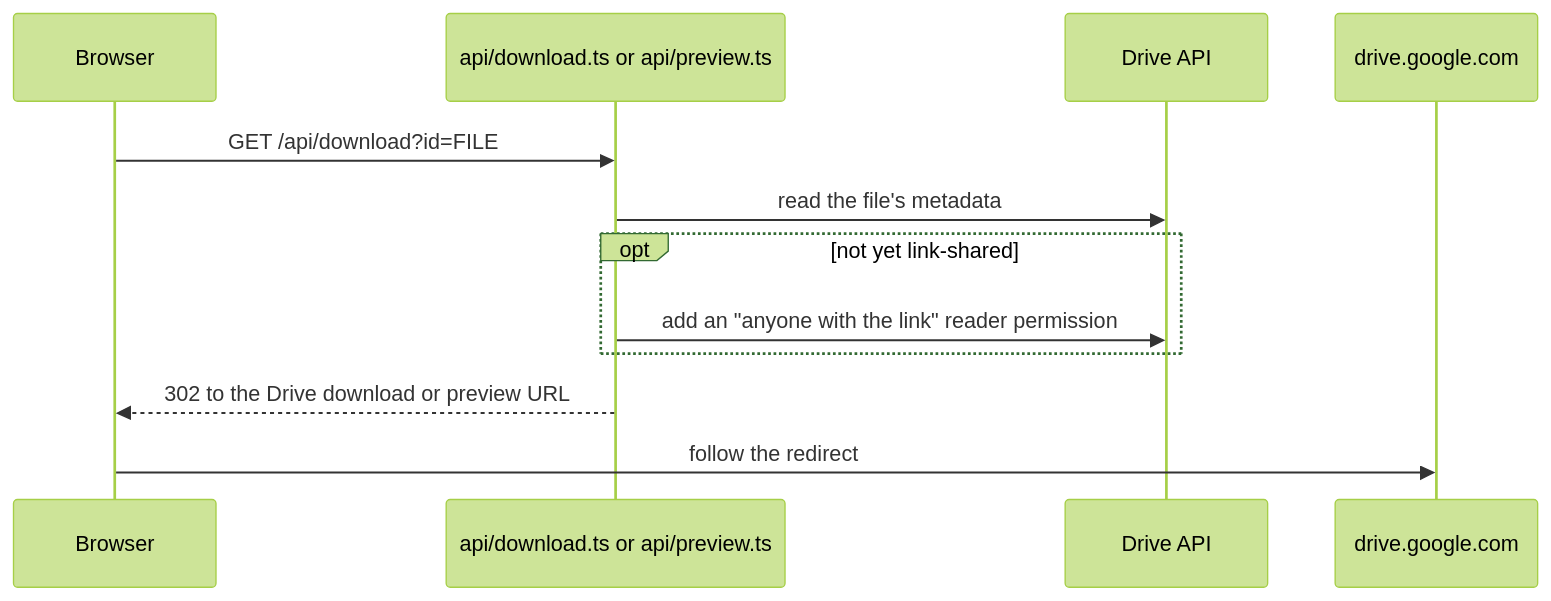
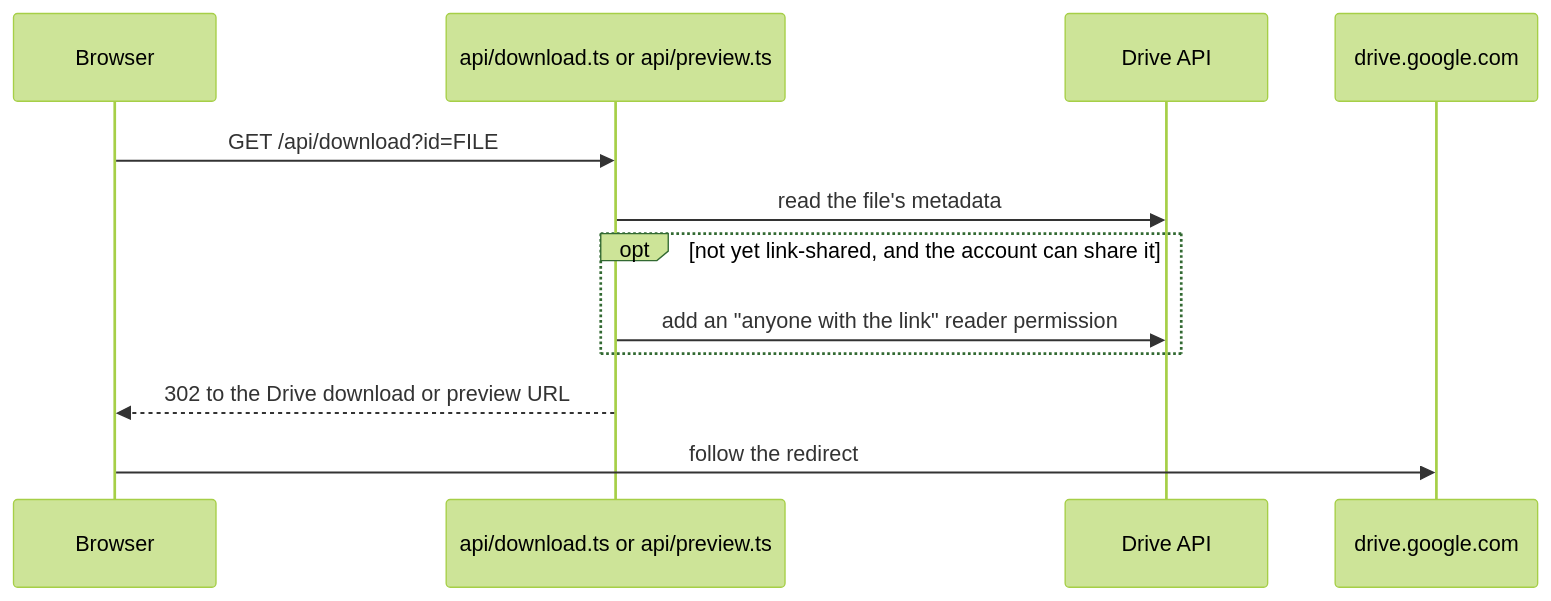
The third of 3 diagrams in ARCHITECTURE.md (mitaoe/notes), drawn with Mermaid (forest theme) before and after one commit. The commit also changed other lines of this file and 3 other files, not shown here.

Commit message:
fix(api): link files the account cannot share

````diff
--- a/ARCHITECTURE.md
+++ b/ARCHITECTURE.md
@@ -53,14 +53,14 @@
 ```mermaid
 sequenceDiagram
   participant B as Browser
   participant F as api/download.ts or api/preview.ts
   participant D as Drive API
   participant G as drive.google.com
   B->>F: GET /api/download?id=FILE
   F->>D: read the file's metadata
-  opt not yet link-shared
+  opt not yet link-shared, and the account can share it
     F->>D: add an "anyone with the link" reader permission
   end
   F-->>B: 302 to the Drive download or preview URL
   B->>G: follow the redirect
 ```
````
